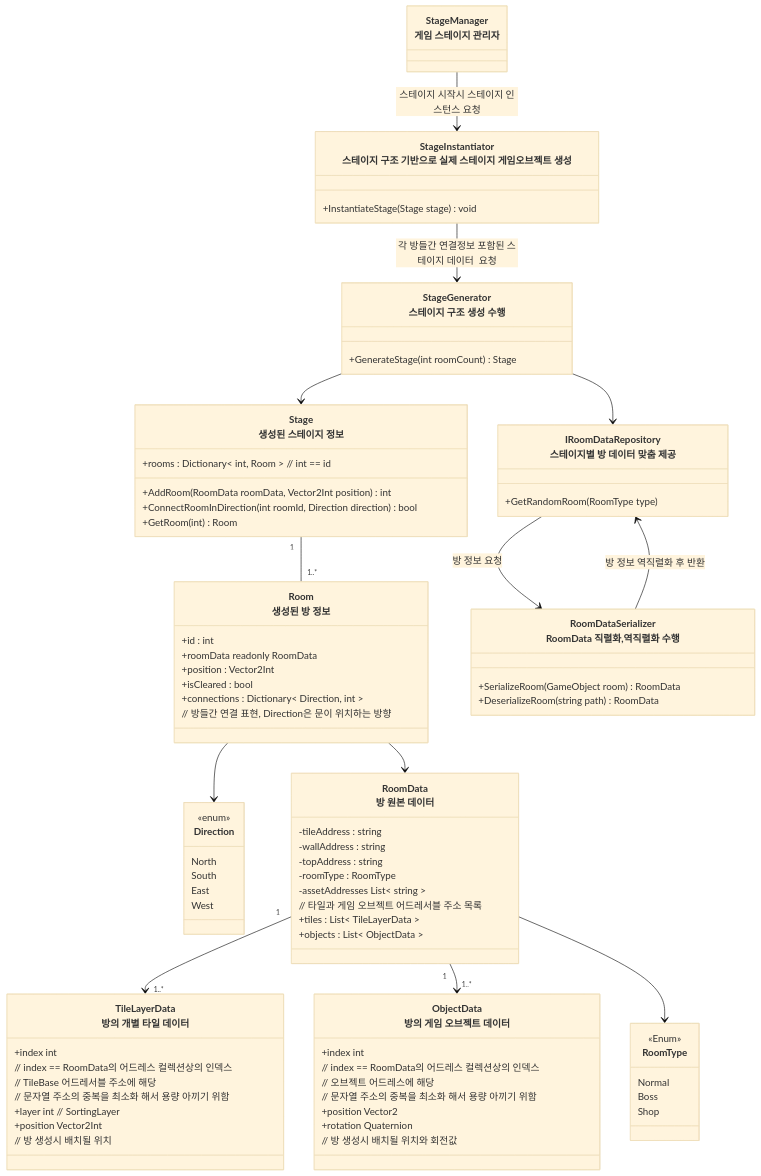
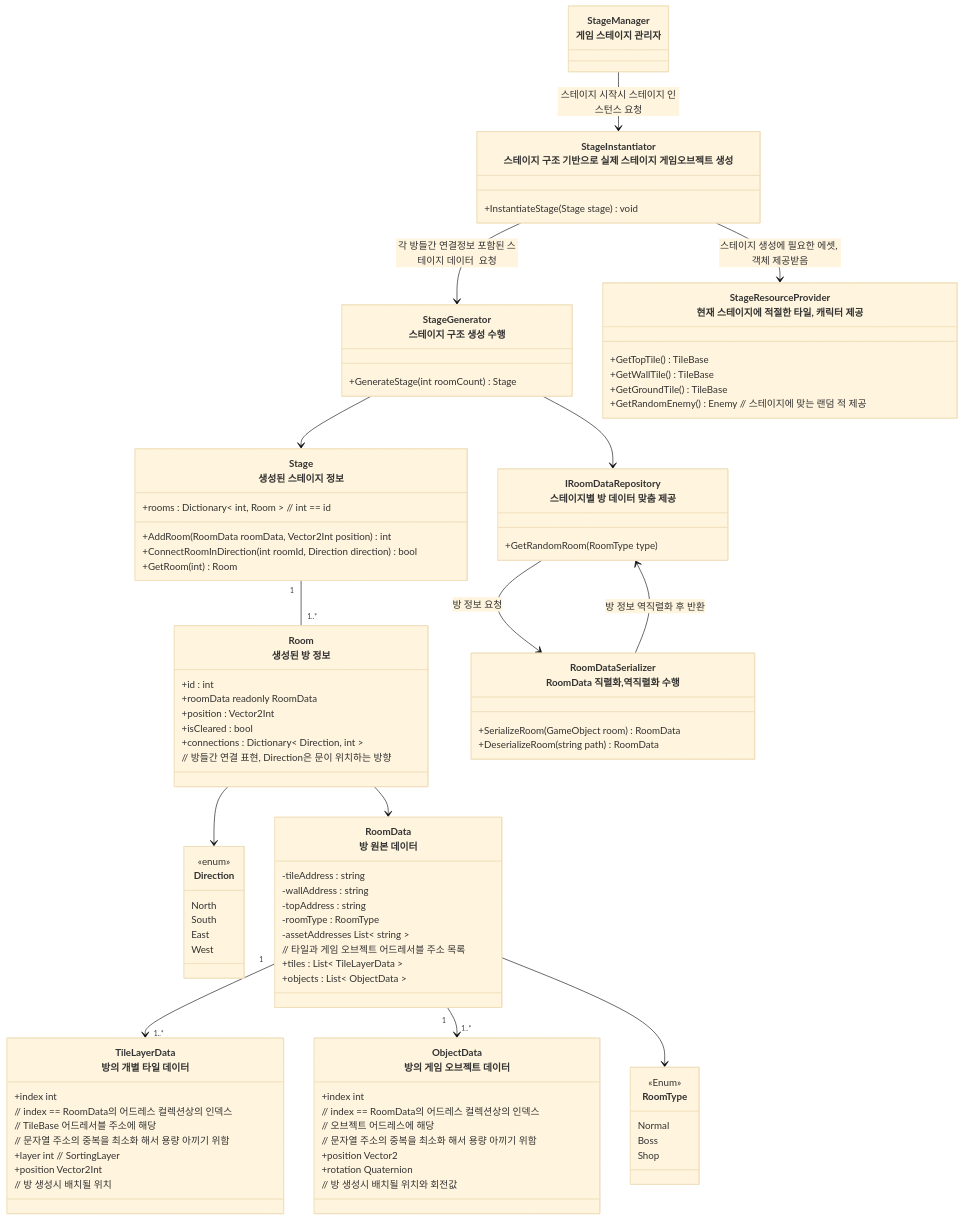
One commit to JIN5EOK/DungeonShooter changed the first of 5 diagrams in Assets/_README/Stage_Spec.md. Above: the diagram before and after it, drawn with Mermaid (base theme). The commit also changed other lines of this file, not shown here.

Commit message:
docs: 스테이지 문서 업데이트 -> 스테이지 생성에 필요한 리소스 제공해주는 StageResourceProvider 추가

```diff
--- a/Assets/_README/Stage_Spec.md
+++ b/Assets/_README/Stage_Spec.md
@@ -87,6 +87,14 @@
         Shop
     }
     
+    class StageResourceProvider["StageResourceProvider<br>현재 스테이지에 적절한  타일, 캐릭터 제공"]{
+        +GetTopTile() TileBase
+        +GetWallTile() TileBase
+        +GetGroundTile() TileBase
+        +GetRandomEnemy() Enemy // 스테이지에 맞는 랜덤 적 제공
+    }
+    
+    StageInstantiator --> StageResourceProvider : 스테이지 생성에 필요한 에셋, 객체 제공받음
     StageGenerator --> IRoomDataRepository
     StageManager --> StageInstantiator : 스테이지 시작시 스테이지 인스턴스 요청
     Room --> Direction
```
